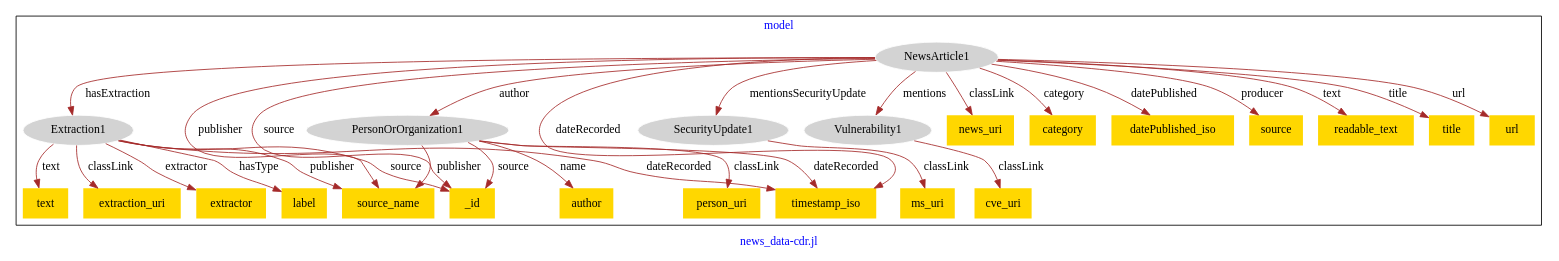
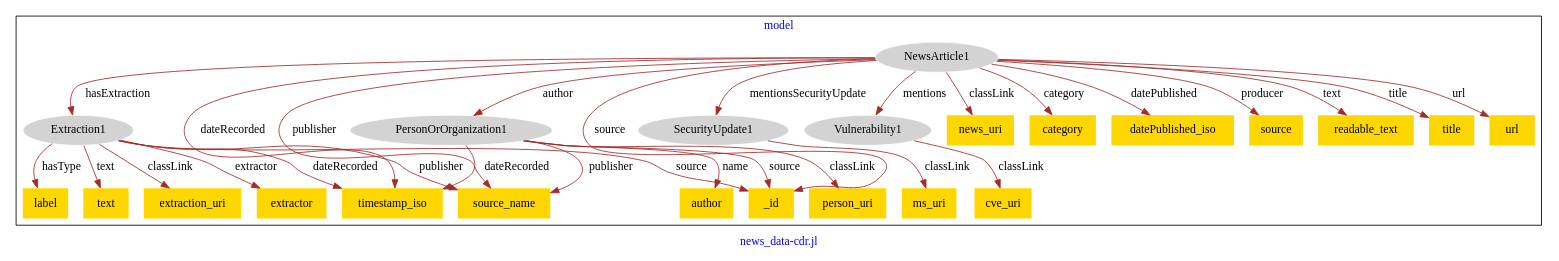
One commit to usc-isi-i2/effect-alignment changed the diagram in models/isi-news/news-model.dot. Above: the diagram before and after it, drawn with Graphviz.

Commit message:
Update file news-model.dot

```diff
--- a/models/isi-news/news-model.dot
+++ b/models/isi-news/news-model.dot
@@ -1,59 +1,59 @@
 digraph n0 {
 fontcolor="blue"
 remincross="true"
 label="news_data-cdr.jl"
 subgraph cluster {
 label="model"
 n2[style="filled",color="white",fillcolor="lightgray",label="Extraction1"];
 n3[shape="plaintext",style="filled",fillcolor="gold",label="extraction_uri"];
-n4[shape="plaintext",style="filled",fillcolor="gold",label="extractor"];
-n5[shape="plaintext",style="filled",fillcolor="gold",label="label"];
-n6[shape="plaintext",style="filled",fillcolor="gold",label="text"];
-n7[style="filled",color="white",fillcolor="lightgray",label="PersonOrOrganization1"];
-n8[shape="plaintext",style="filled",fillcolor="gold",label="person_uri"];
-n9[shape="plaintext",style="filled",fillcolor="gold",label="timestamp_iso"];
+n4[shape="plaintext",style="filled",fillcolor="gold",label="timestamp_iso"];
+n5[shape="plaintext",style="filled",fillcolor="gold",label="extractor"];
+n6[shape="plaintext",style="filled",fillcolor="gold",label="label"];
+n7[shape="plaintext",style="filled",fillcolor="gold",label="text"];
+n8[style="filled",color="white",fillcolor="lightgray",label="PersonOrOrganization1"];
+n9[shape="plaintext",style="filled",fillcolor="gold",label="person_uri"];
 n10[shape="plaintext",style="filled",fillcolor="gold",label="author"];
 n11[shape="plaintext",style="filled",fillcolor="gold",label="source_name"];
 n12[shape="plaintext",style="filled",fillcolor="gold",label="_id"];
 n13[style="filled",color="white",fillcolor="lightgray",label="SecurityUpdate1"];
 n14[shape="plaintext",style="filled",fillcolor="gold",label="ms_uri"];
 n15[style="filled",color="white",fillcolor="lightgray",label="Vulnerability1"];
 n16[shape="plaintext",style="filled",fillcolor="gold",label="cve_uri"];
 n17[style="filled",color="white",fillcolor="lightgray",label="NewsArticle1"];
 n18[shape="plaintext",style="filled",fillcolor="gold",label="news_uri"];
 n19[shape="plaintext",style="filled",fillcolor="gold",label="category"];
 n20[shape="plaintext",style="filled",fillcolor="gold",label="datePublished_iso"];
 n21[shape="plaintext",style="filled",fillcolor="gold",label="source"];
 n22[shape="plaintext",style="filled",fillcolor="gold",label="readable_text"];
 n23[shape="plaintext",style="filled",fillcolor="gold",label="title"];
 n24[shape="plaintext",style="filled",fillcolor="gold",label="url"];
 }
 n2 -> n3[color="brown",fontcolor="black",label="classLink"]
-n2 -> n4[color="brown",fontcolor="black",label="extractor"]
-n2 -> n5[color="brown",fontcolor="black",label="hasType"]
-n2 -> n6[color="brown",fontcolor="black",label="text"]
-n7 -> n8[color="brown",fontcolor="black",label="classLink"]
-n7 -> n9[color="brown",fontcolor="black",label="dateRecorded"]
-n7 -> n10[color="brown",fontcolor="black",label="name"]
-n7 -> n11[color="brown",fontcolor="black",label="publisher"]
-n7 -> n12[color="brown",fontcolor="black",label="source"]
+n2 -> n4[color="brown",fontcolor="black",label="dateRecorded"]
+n2 -> n5[color="brown",fontcolor="black",label="extractor"]
+n2 -> n6[color="brown",fontcolor="black",label="hasType"]
+n2 -> n7[color="brown",fontcolor="black",label="text"]
+n8 -> n9[color="brown",fontcolor="black",label="classLink"]
+n8 -> n4[color="brown",fontcolor="black",label="dateRecorded"]
+n8 -> n10[color="brown",fontcolor="black",label="name"]
+n8 -> n11[color="brown",fontcolor="black",label="publisher"]
+n8 -> n12[color="brown",fontcolor="black",label="source"]
 n13 -> n14[color="brown",fontcolor="black",label="classLink"]
 n15 -> n16[color="brown",fontcolor="black",label="classLink"]
 n17 -> n18[color="brown",fontcolor="black",label="classLink"]
-n17 -> n2[color="brown",fontcolor="black",label="hasExtraction"]
-n17 -> n13[color="brown",fontcolor="black",label="mentionsSecurityUpdate"]
-n17 -> n7[color="brown",fontcolor="black",label="author"]
+n17 -> n4[color="brown",fontcolor="black",label="dateRecorded"]
 n17 -> n19[color="brown",fontcolor="black",label="category"]
 n17 -> n20[color="brown",fontcolor="black",label="datePublished"]
-n17 -> n15[color="brown",fontcolor="black",label="mentions"]
 n17 -> n21[color="brown",fontcolor="black",label="producer"]
 n17 -> n22[color="brown",fontcolor="black",label="text"]
 n17 -> n23[color="brown",fontcolor="black",label="title"]
 n17 -> n24[color="brown",fontcolor="black",label="url"]
+n17 -> n15[color="brown",fontcolor="black",label="mentions"]
+n17 -> n2[color="brown",fontcolor="black",label="hasExtraction"]
+n2 -> n11[color="brown",fontcolor="black",label="publisher"]
 n17 -> n12[color="brown",fontcolor="black",label="source"]
-n2 -> n11[color="brown",fontcolor="black",label="publisher"]
+n2 -> n12[color="brown",fontcolor="black",label="source"]
 n17 -> n11[color="brown",fontcolor="black",label="publisher"]
-n17 -> n9[color="brown",fontcolor="black",label="dateRecorded"]
-n2 -> n9[color="brown",fontcolor="black",label="dateRecorded"]
-n2 -> n12[color="brown",fontcolor="black",label="source"]
+n17 -> n13[color="brown",fontcolor="black",label="mentionsSecurityUpdate"]
+n17 -> n8[color="brown",fontcolor="black",label="author"]
 }
```
